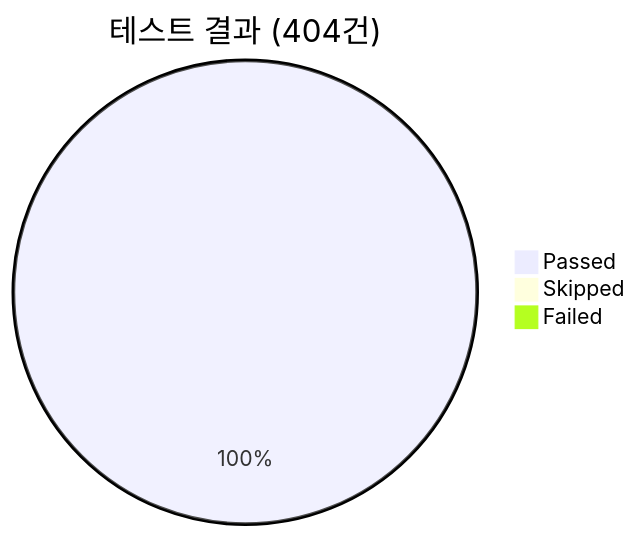
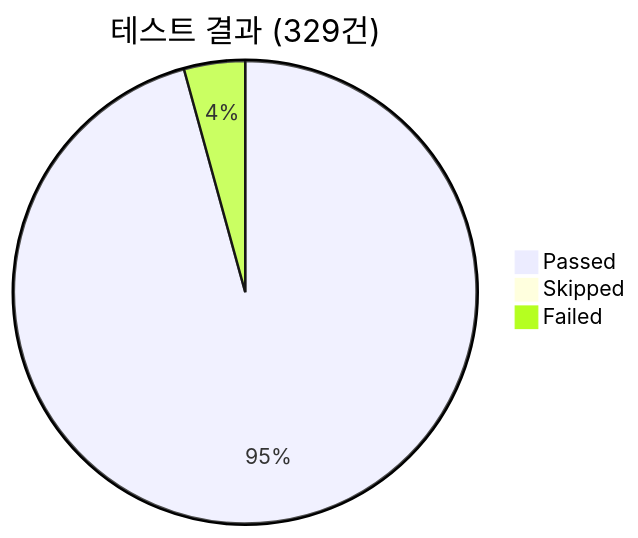
One commit to sun475300-sudo/Swarm-control-in-sc2bot changed diagram 22 of 31 in README.md. Above: the diagram before and after it, drawn with Mermaid. The commit also changed other lines of this file and 3 other files, not shown here.

````diff
--- a/README.md
+++ b/README.md
@@ -612,6 +612,6 @@
 ```mermaid
-pie title 테스트 결과 (404건)
-    "Passed" : 404
-    "Skipped" : 0
-    "Failed" : 0
+pie title 테스트 결과 (329건)
+    "Passed" : 314
+    "Skipped" : 1
+    "Failed" : 14
 ```
````
